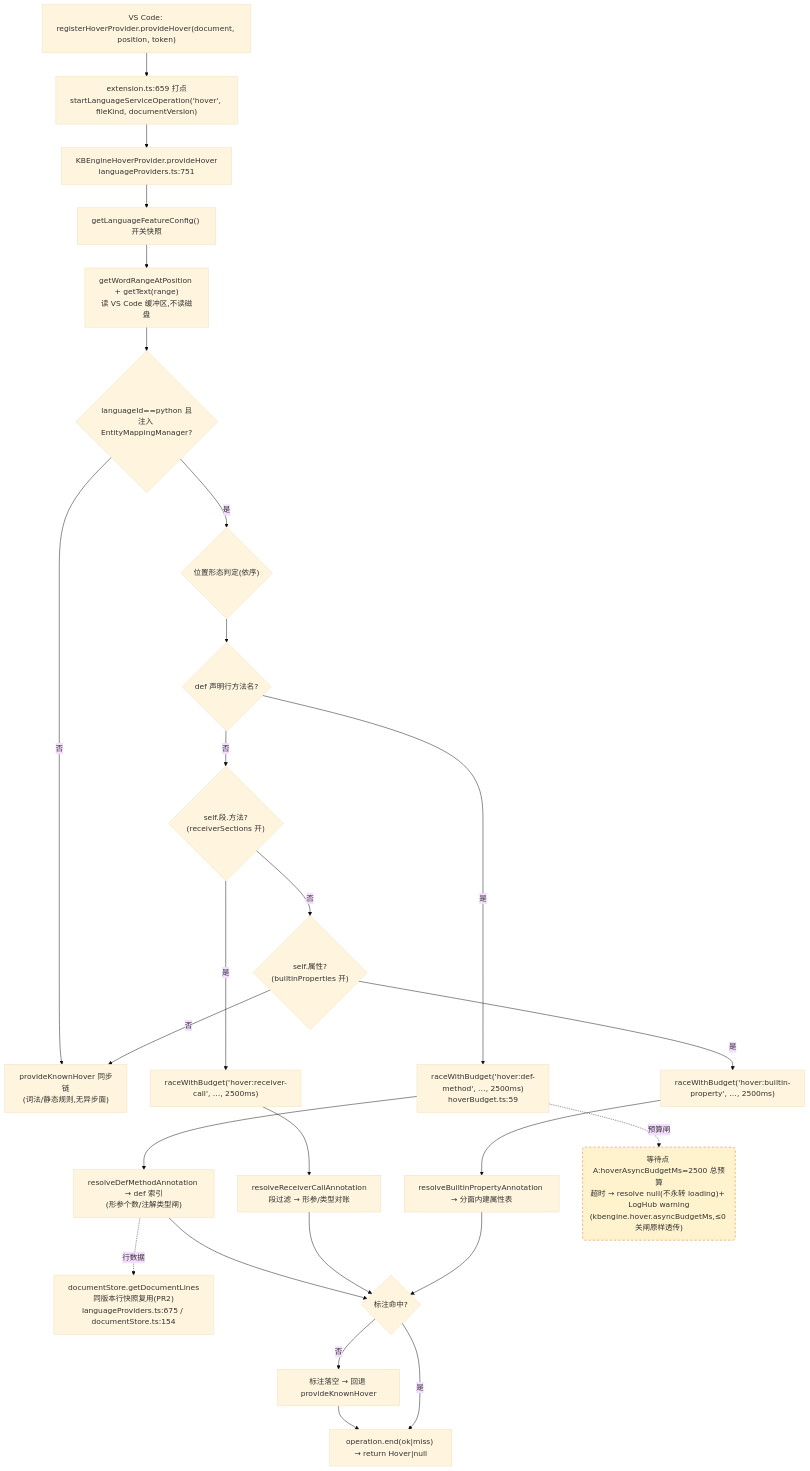
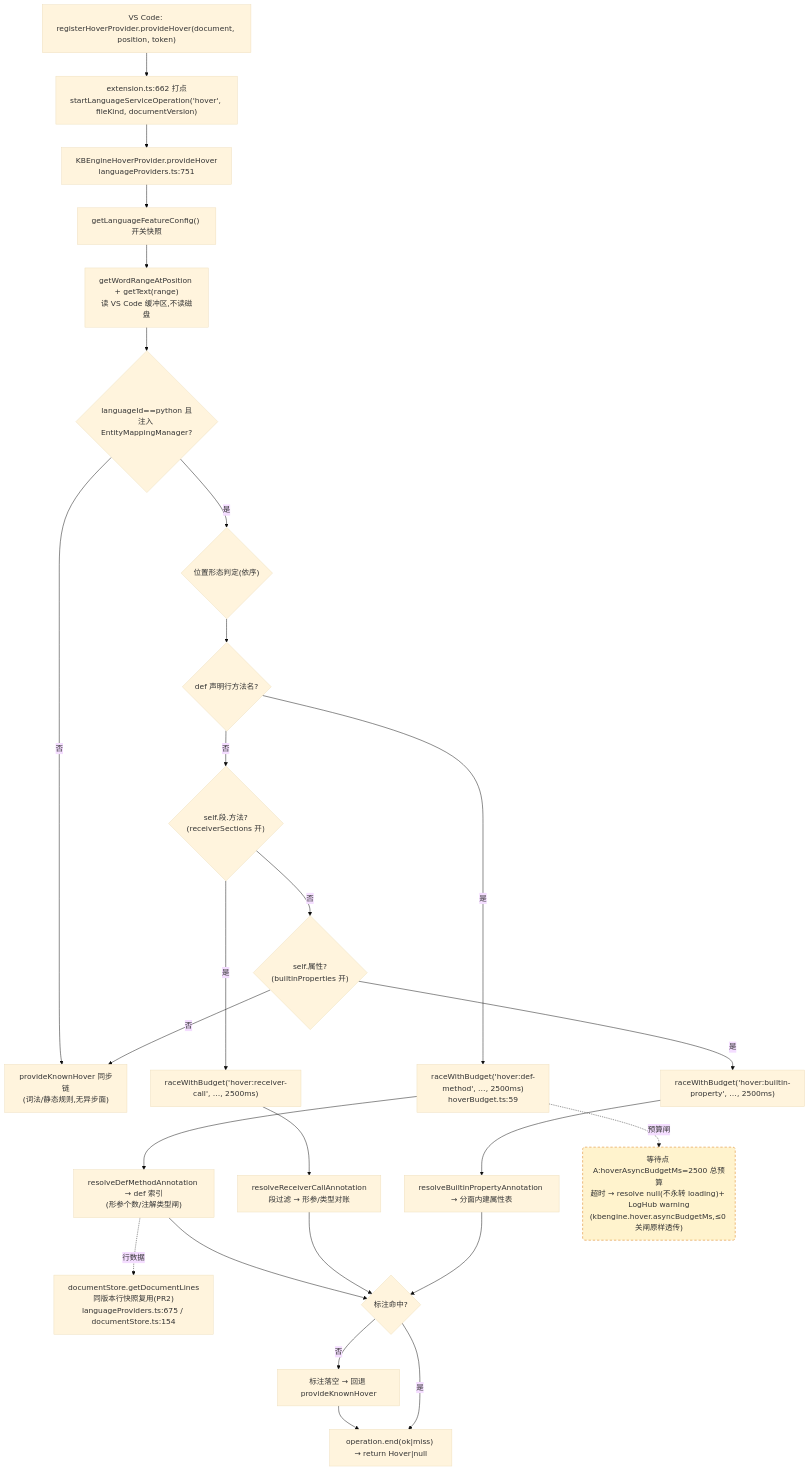
Before and after one commit to cuihairu/kode: the first of 4 diagrams in docs/perf/2026-baseline.md, drawn with Mermaid (base theme). The commit also changed other lines of this file and 14 other files, not shown here.

Commit message:
feat: schema hot hit validates without file reads

````diff
--- a/docs/perf/2026-baseline.md
+++ b/docs/perf/2026-baseline.md
@@ -82,45 +82,45 @@
 ```mermaid
 flowchart TD
   VC1["VS Code: registerHoverProvider.provideHover(document, position, token)"]
-  M1["extension.ts:659 打点<br/>startLanguageServiceOperation('hover', fileKind, documentVersion)"]
+  M1["extension.ts:662 打点<br/>startLanguageServiceOperation('hover', fileKind, documentVersion)"]
   HP["KBEngineHoverProvider.provideHover<br/>languageProviders.ts:751"]
   CFG["getLanguageFeatureConfig() 开关快照"]
   WORD["getWordRangeAtPosition + getText(range)<br/>读 VS Code 缓冲区,不读磁盘"]
   BR{"languageId==python 且<br/>注入 EntityMappingManager?"}
   KN["provideKnownHover 同步链<br/>(词法/静态规则,无异步面)"]
   POS{"位置形态判定(依序)"}
   D1{"def 声明行方法名?"}
   D2{"self.段.方法?<br/>(receiverSections 开)"}
   D3{"self.属性?<br/>(builtinProperties 开)"}
   RA1["raceWithBudget('hover:def-method', …, 2500ms)<br/>hoverBudget.ts:59"]
   RA2["raceWithBudget('hover:receiver-call', …, 2500ms)"]
   RA3["raceWithBudget('hover:builtin-property', …, 2500ms)"]
   RS1["resolveDefMethodAnnotation → def 索引<br/>(形参个数/注解类型闸)"]
   RS2["resolveReceiverCallAnnotation<br/>段过滤 → 形参/类型对账"]
   RS3["resolveBuiltinPropertyAnnotation → 分面内建属性表"]
   LINES["documentStore.getDocumentLines<br/>同版本行快照复用(PR2)<br/>languageProviders.ts:675 / documentStore.ts:154"]
   MISS["标注落空 → 回退 provideKnownHover"]
   END1["operation.end(ok|miss) → return Hover|null"]
 
   VC1 --> M1 --> HP --> CFG --> WORD --> BR
   BR -- "否" --> KN
   BR -- "是" --> POS --> D1
   D1 -- "是" --> RA1 --> RS1
   D1 -- "否" --> D2
   D2 -- "是" --> RA2 --> RS2
   D2 -- "否" --> D3
   D3 -- "是" --> RA3 --> RS3
   D3 -- "否" --> KN
   RS1 --> HIT{"标注命中?"}
   RS2 --> HIT
   RS3 --> HIT
   RS1 -.->|行数据| LINES
   HIT -- "否" --> MISS --> END1
   HIT -- "是" --> END1
 
   WAITA("等待点 A:hoverAsyncBudgetMs=2500 总预算<br/>超时 → resolve null(不永转 loading)+ LogHub warning<br/>(kbengine.hover.asyncBudgetMs,≤0 关闸原样透传)")
   RA1 -.->|预算闸| WAITA
 
   classDef waitPoint fill:#fff3cd,stroke:#d97706,stroke-dasharray:5 4;
   class WAITA waitPoint;
 ```
````
